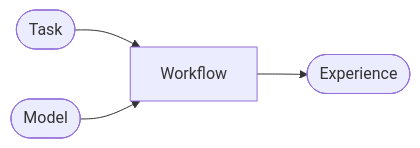
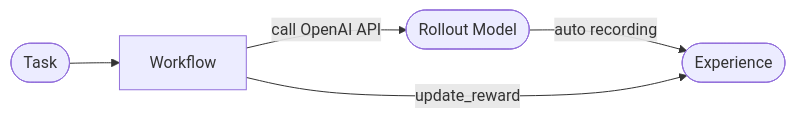
Before and after one commit to pan-x-c/Trinity-RFT: the first of 2 diagrams in docs/sphinx_doc/source/tutorial/develop_workflow.md, drawn with Mermaid. The commit also changed other lines of this file and 14 other files, not shown here.

````diff
--- a/docs/sphinx_doc/source/tutorial/develop_workflow.md
+++ b/docs/sphinx_doc/source/tutorial/develop_workflow.md
@@ -13,5 +13,7 @@
 ```{mermaid}
 flowchart LR
-    A([Task]) & B([Model]) --> C[Workflow]
-    C --> D([Experience])
+    A([Task]) --> C[Workflow]
+    C -- "call OpenAI API" --> B([Rollout Model])
+    B -- "auto recording" --> D([Experience])
+    C -- "update_reward" --> D
 ```
````
